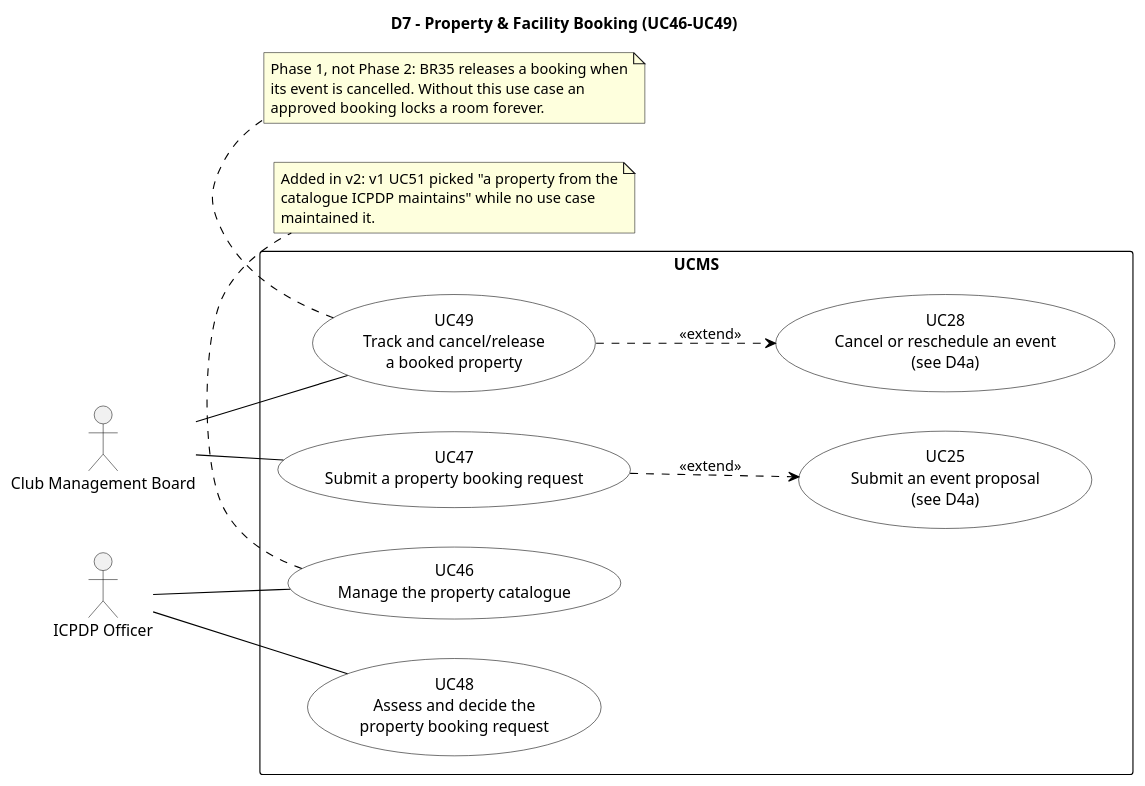
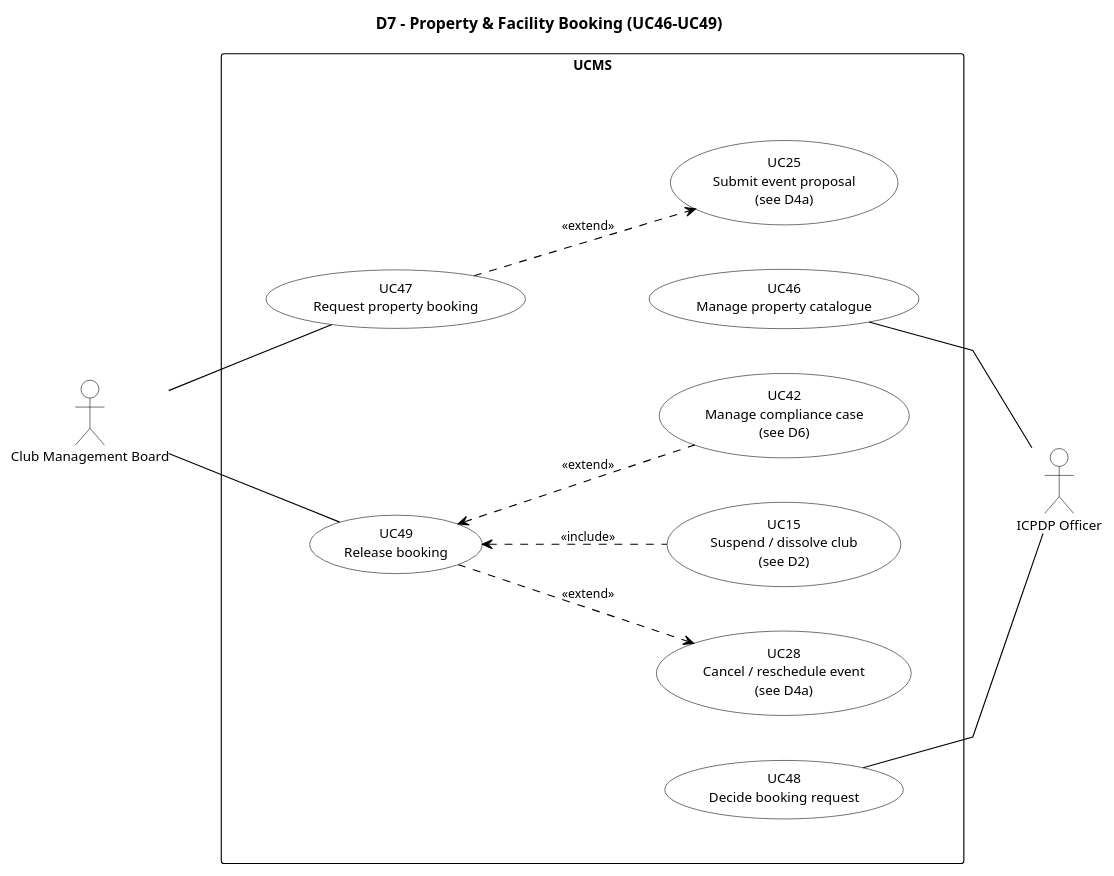
Before and after one commit to nvdekay/ClubManagementSystem: the diagram in docs/diagrams/v2/D7_PropertyBooking.puml, drawn with PlantUML. The commit also changed 10 other files, not shown here.

First line of the commit message:
docs: redraw the v2 use case diagrams in Visual Paradigm style

```diff
--- a/docs/diagrams/v2/D7_PropertyBooking.puml
+++ b/docs/diagrams/v2/D7_PropertyBooking.puml
@@ -1,60 +1,67 @@
 @startuml v2_D7_PropertyBooking
 left to right direction
+skinparam linetype polyline
+skinparam nodesep 40
+skinparam ranksep 60
 skinparam backgroundColor White
 skinparam shadowing false
 skinparam defaultFontName Helvetica
+skinparam defaultFontSize 12
+skinparam ArrowColor Black
+skinparam ArrowFontSize 11
+skinparam actor {
+  BackgroundColor White
+  BorderColor Black
+}
 skinparam usecase {
   BackgroundColor White
   BorderColor Black
-  ArrowColor Black
 }
 skinparam rectangle {
   BackgroundColor White
   BorderColor Black
 }
+skinparam package {
+  BackgroundColor White
+  BorderColor Black
+}
+' inner frame: invisible, only adds padding inside the system boundary
+skinparam rectangle<<inner>> {
+  BorderColor Transparent
+  FontColor Transparent
+}
+hide <<inner>> stereotype
 
 title D7 - Property & Facility Booking (UC46-UC49)
 
 actor "Club Management Board" as CMB
 actor "ICPDP Officer" as ICPDP
 
-rectangle UCMS {
-  usecase UC46 as "UC46
-  Manage the property catalogue"
-  usecase UC47 as "UC47
-  Submit a property booking request"
-  usecase UC48 as "UC48
-  Assess and decide the
-  property booking request"
-  usecase UC49 as "UC49
-  Track and cancel/release
-  a booked property"
-  usecase UC25 as "UC25
-  Submit an event proposal
-  (see D4a)"
-  usecase UC28 as "UC28
-  Cancel or reschedule an event
-  (see D4a)"
+rectangle "UCMS" {
+  rectangle " " <<inner>> {
+    usecase "UC46\nManage property catalogue" as UC46
+    usecase "UC47\nRequest property booking" as UC47
+    usecase "UC48\nDecide booking request" as UC48
+    usecase "UC49\nRelease booking" as UC49
+    usecase "UC25\nSubmit event proposal\n(see D4a)" as UC25
+    usecase "UC28\nCancel / reschedule event\n(see D4a)" as UC28
+    usecase "UC15\nSuspend / dissolve club\n(see D2)" as UC15
+    usecase "UC42\nManage compliance case\n(see D6)" as UC42
+  }
 }
-
-UC47 ..> UC25 : <<extend>>
-UC49 ..> UC28 : <<extend>>
-
-ICPDP -- UC46
-ICPDP -- UC48
 
 CMB -- UC47
 CMB -- UC49
 
-note bottom of UC46
-  Added in v2: v1 UC51 picked "a property from the
-  catalogue ICPDP maintains" while no use case
-  maintained it.
-end note
+UC46 -- ICPDP
+UC48 -- ICPDP
 
-note bottom of UC49
-  Phase 1, not Phase 2: BR35 releases a booking when
-  its event is cancelled. Without this use case an
-  approved booking locks a room forever.
-end note
+UC47 ..> UC25 : <<extend>>
+UC49 ..> UC28 : <<extend>>
+UC49 <.. UC15 : <<include>>
+UC49 <.. UC42 : <<extend>>
+
+' layout only: ICPDP's own use cases share the right column, so ICPDP lands beside them
+UC47 -[hidden]- UC46
+UC49 -[hidden]- UC48
 @enduml
```
